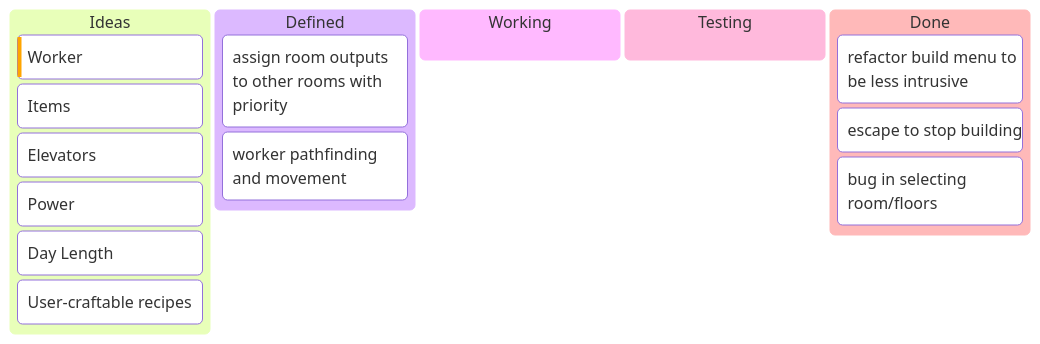
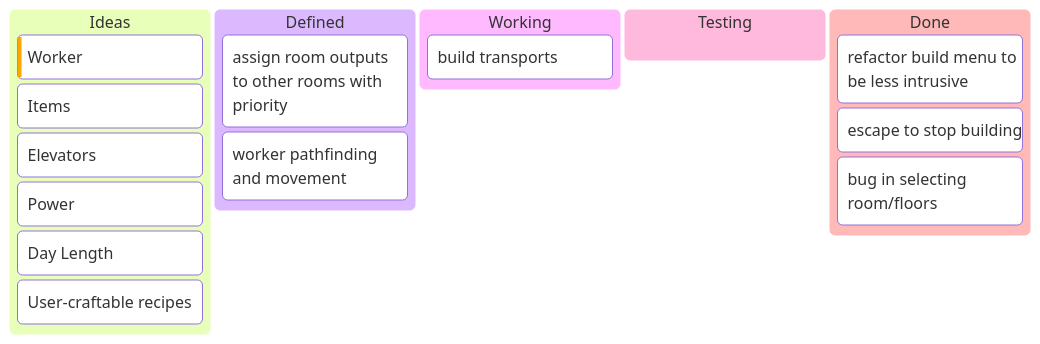
Before and after one commit to sagecottrell/wizard-tower: the first of 2 diagrams in TODO.md, drawn with Mermaid. The commit also changed 56 other files, not shown here.

````diff
--- a/TODO.md
+++ b/TODO.md
@@ -5,21 +5,22 @@
 ```mermaid
 
 kanban
     idea[Ideas]
         [Worker]@{priority: 'High'}
         [Items]
         [Elevators]
         [Power]
         [Day Length]
         [User-craftable recipes]
     defined[Defined]
         [assign room outputs to other rooms with priority]
         [worker pathfinding and movement]
     wip[Working]
+        [build transports]
     test[Testing]
     done[Done]
         [refactor build menu to be less intrusive]
         [escape to stop building]
         [bug in selecting room/floors]
 
 ```
````
